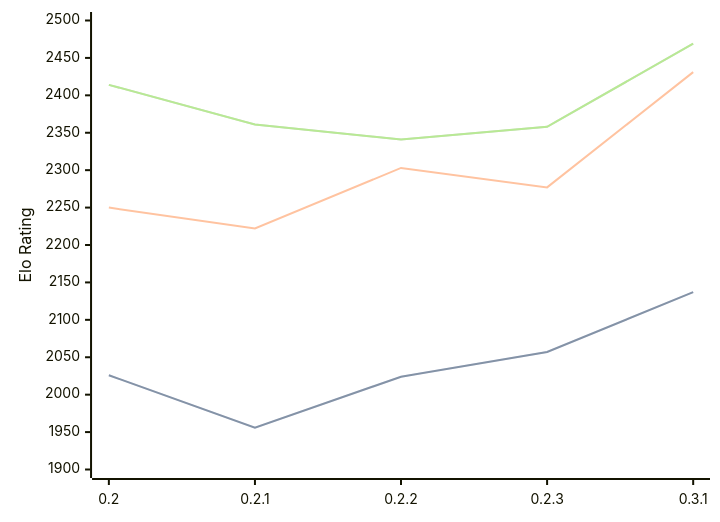
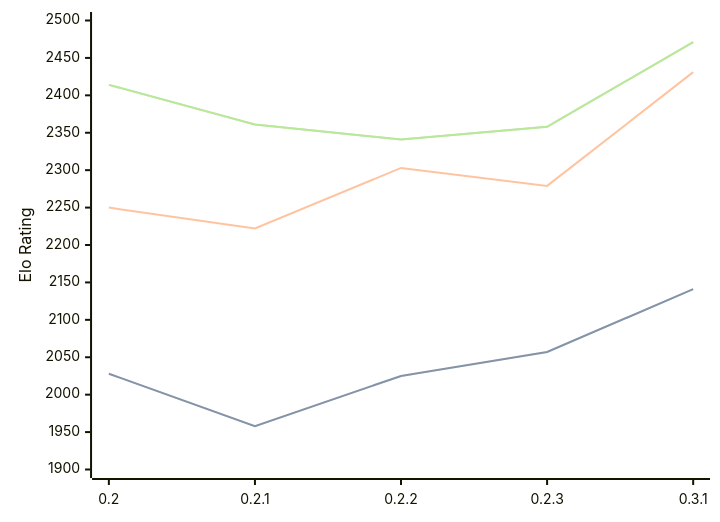
Before and after one commit to computer-chess-index/cci: the diagram in engines/Lolbot.md, drawn with Mermaid. The commit also changed other lines of this file, not shown here.

Commit message:
Update CCI Ratings (ELO VLTC) - 2026-04-22

````diff
--- a/engines/Lolbot.md
+++ b/engines/Lolbot.md
@@ -36,11 +36,11 @@
 ```mermaid
 %%{init: {"theme":"base","themeVariables":{"seriesColors:['#a3a3a3','#222221','#faa371']}}}%%
 xychart-beta
   x-axis ["0.2", "0.2.1", "0.2.2", "0.2.3", "0.3.1"]
   y-axis "Elo Rating" 1900 --> 2500
-  line "STC (8.0+0.08s)" [2026, 1956, 2024, 2057, 2137]
-  line "STC (8.0+0.08s)" [2026, 1956, 2024, 2057, 2137]
-  line "LTC (60.0+0.60s)" [2250, 2222, 2303, 2277, 2431]
-  line "VLTC (2m24s+1.12s)" [2414, 2361, 2341, 2358, 2469]
-  line "VLTC (2m24s+1.12s)" [2414, 2361, 2341, 2358, 2469]
+  line "STC (8.0+0.08s)" [2028, 1958, 2025, 2057, 2141]
+  line "STC (8.0+0.08s)" [2028, 1958, 2025, 2057, 2141]
+  line "LTC (60.0+0.60s)" [2250, 2222, 2303, 2279, 2431]
+  line "VLTC (2m24s+1.12s)" [2414, 2361, 2341, 2358, 2471]
+  line "VLTC (2m24s+1.12s)" [2414, 2361, 2341, 2358, 2471]
 ```
````
